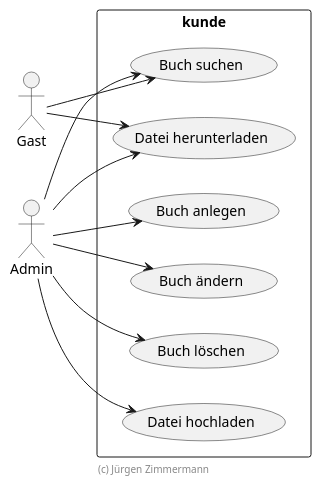
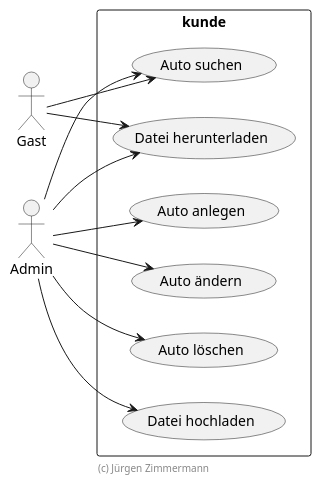
Before and after one commit to fabiansw/sweablage: the diagram in doc/use-cases.puml, drawn with PlantUML.

Commit message:
use-cases.puml

```diff
--- a/doc/use-cases.puml
+++ b/doc/use-cases.puml
@@ -15,23 +15,23 @@
 @startuml Use Cases
 
 left to right direction
 skinparam packageStyle rect
 skinparam componentStyle uml2
 
 actor Gast
 actor Admin
 
 rectangle kunde {
-    Gast --> (Buch suchen)
+    Gast --> (Auto suchen)
     Gast --> (Datei herunterladen)
-    Admin --> (Buch suchen)
-    Admin --> (Buch anlegen)
-    Admin --> (Buch ändern)
-    Admin --> (Buch löschen)
+    Admin --> (Auto suchen)
+    Admin --> (Auto anlegen)
+    Admin --> (Auto ändern)
+    Admin --> (Auto löschen)
     Admin --> (Datei hochladen)
     Admin --> (Datei herunterladen)
 }
 
 footer (c) Jürgen Zimmermann
 
 @enduml
```
